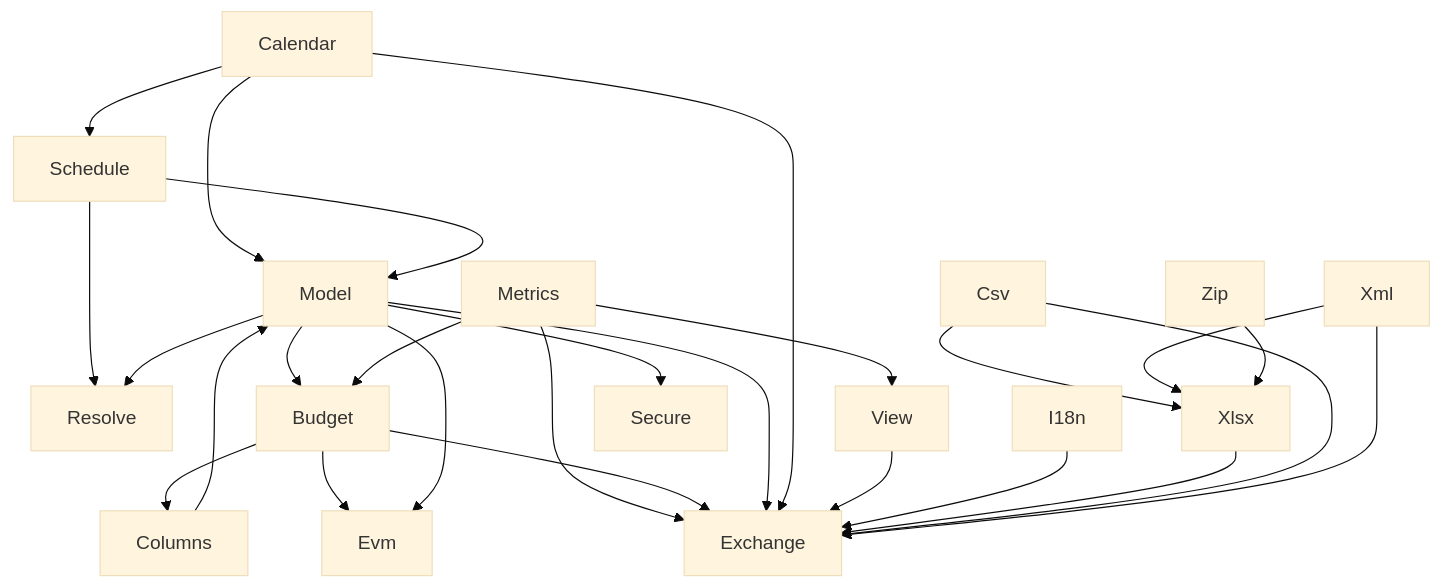
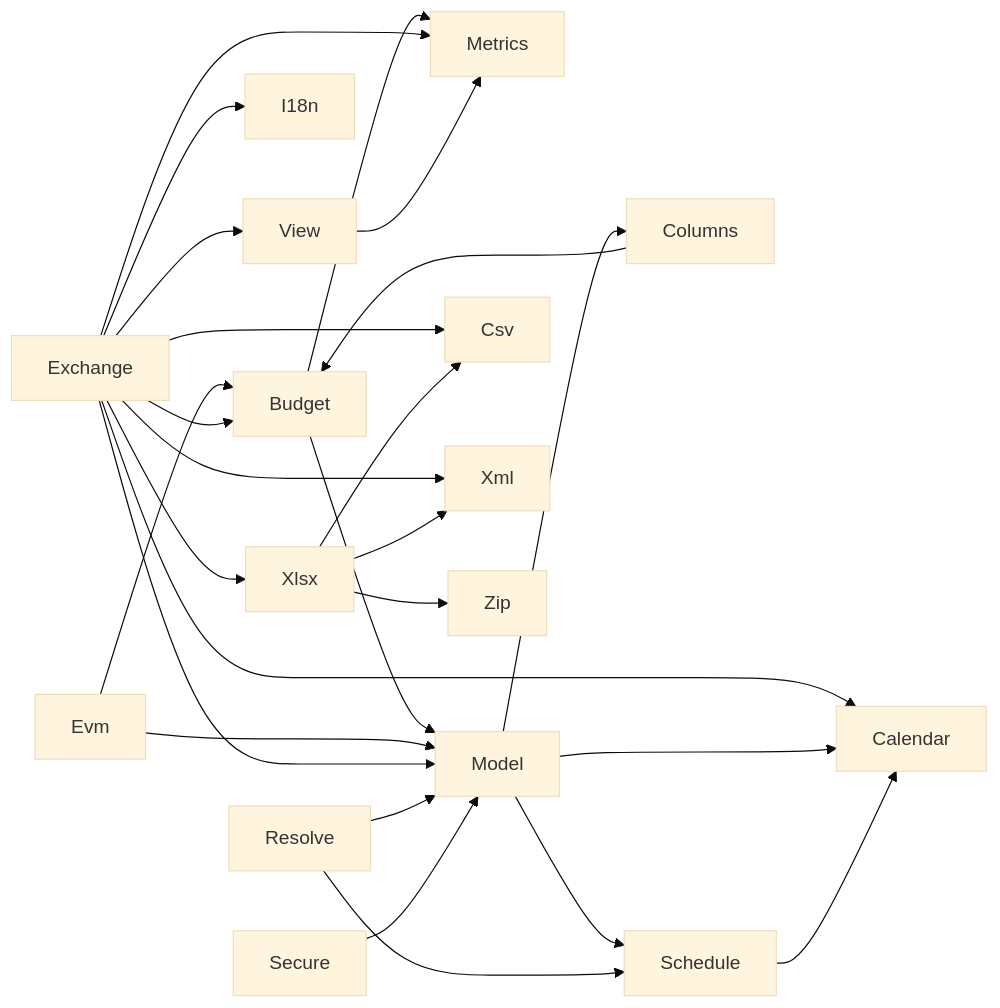
Before and after one commit to SimonBelCou/GanttPro: the fifth of 5 diagrams in Architecture.md, drawn with Mermaid (base theme). The commit also changed other lines of this file and 7 other files, not shown here.

First line of the commit message:
Documents alignés sur la convention des dépendances (Architecture, Specs, PCA, veille, CHANGELOG)

````diff
--- a/Architecture.md
+++ b/Architecture.md
@@ -197,28 +197,28 @@
 ```mermaid
-flowchart TB
-  Calendar --> Schedule
-  Calendar --> Model
-  Schedule --> Model
-  Schedule --> Resolve
-  Model --> Resolve
-  Columns --> Model
-  Budget --> Columns
-  Model --> Budget
-  Metrics --> Budget
-  Budget --> Evm
-  Model --> Evm
-  Metrics --> View
-  Metrics --> Exchange
-  Budget --> Exchange
-  Model --> Exchange
-  Calendar --> Exchange
-  View --> Exchange
-  I18n --> Exchange
-  Csv --> Xlsx
-  Xml --> Xlsx
-  Zip --> Xlsx
-  Xlsx --> Exchange
-  Csv --> Exchange
-  Xml --> Exchange
-  Model --> Secure
+flowchart LR
+  Budget --> Metrics
+  Budget --> Model
+  Columns --> Budget
+  Evm --> Budget
+  Evm --> Model
+  Exchange --> Budget
+  Exchange --> Calendar
+  Exchange --> Csv
+  Exchange --> I18n
+  Exchange --> Metrics
+  Exchange --> Model
+  Exchange --> View
+  Exchange --> Xlsx
+  Exchange --> Xml
+  Model --> Calendar
+  Model --> Columns
+  Model --> Schedule
+  Resolve --> Model
+  Resolve --> Schedule
+  Schedule --> Calendar
+  Secure --> Model
+  View --> Metrics
+  Xlsx --> Csv
+  Xlsx --> Xml
+  Xlsx --> Zip
 ```
````
